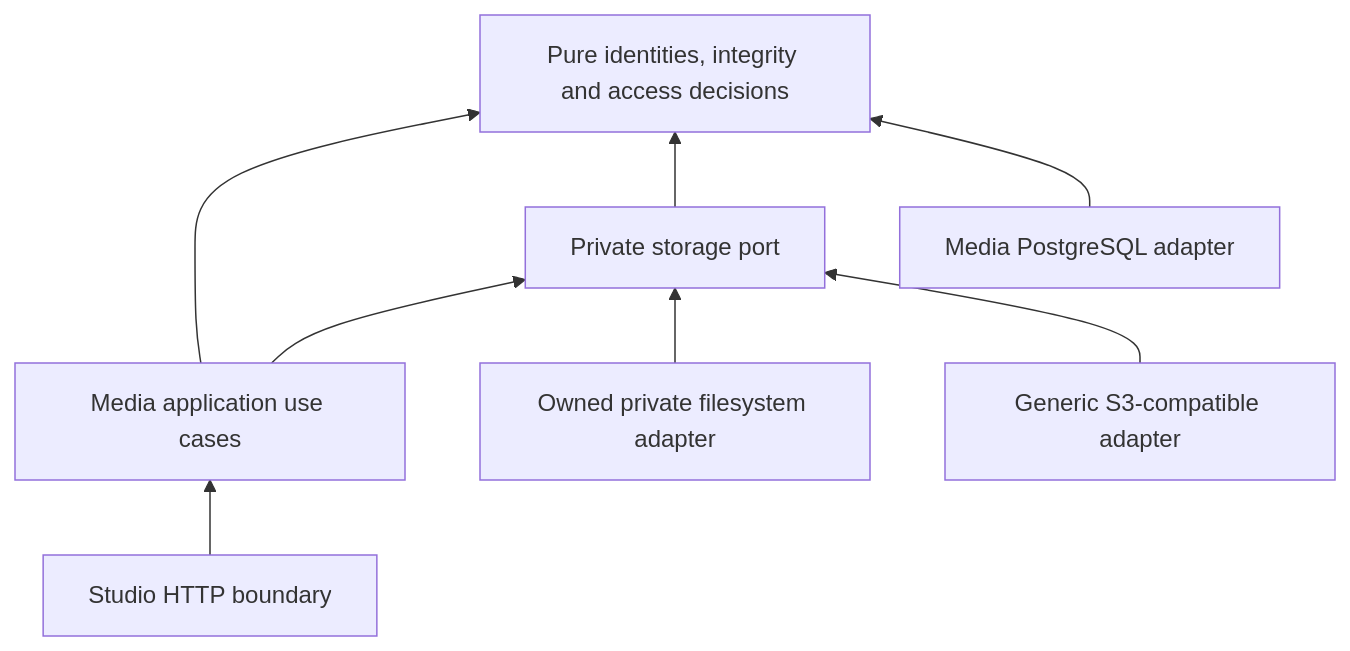
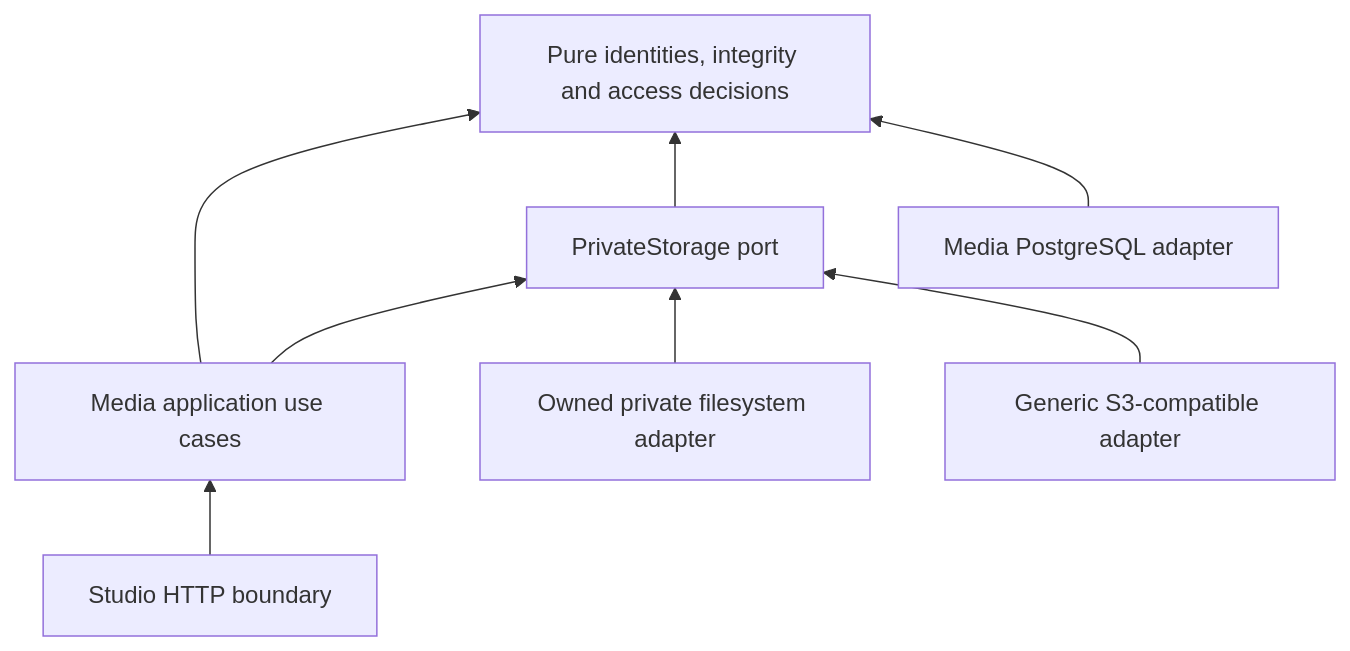
One commit to loveoverflowcom/cantos changed the diagram in docs/architecture/object-storage.md. Above: the diagram before and after it, drawn with Mermaid. The commit also changed other lines of this file and 13 other files, not shown here.

````diff
--- a/docs/architecture/object-storage.md
+++ b/docs/architecture/object-storage.md
@@ -34,10 +32,10 @@
 ```mermaid
 flowchart BT
     HTTP[Studio HTTP boundary] --> App[Media application use cases]
     App --> Domain[Pure identities, integrity and access decisions]
-    App --> Port[Private storage port]
+    App --> Port[PrivateStorage port]
     FS[Owned private filesystem adapter] --> Port
     S3[Generic S3-compatible adapter] --> Port
     Port --> Domain
     PG[Media PostgreSQL adapter] --> Domain
 ```
````
